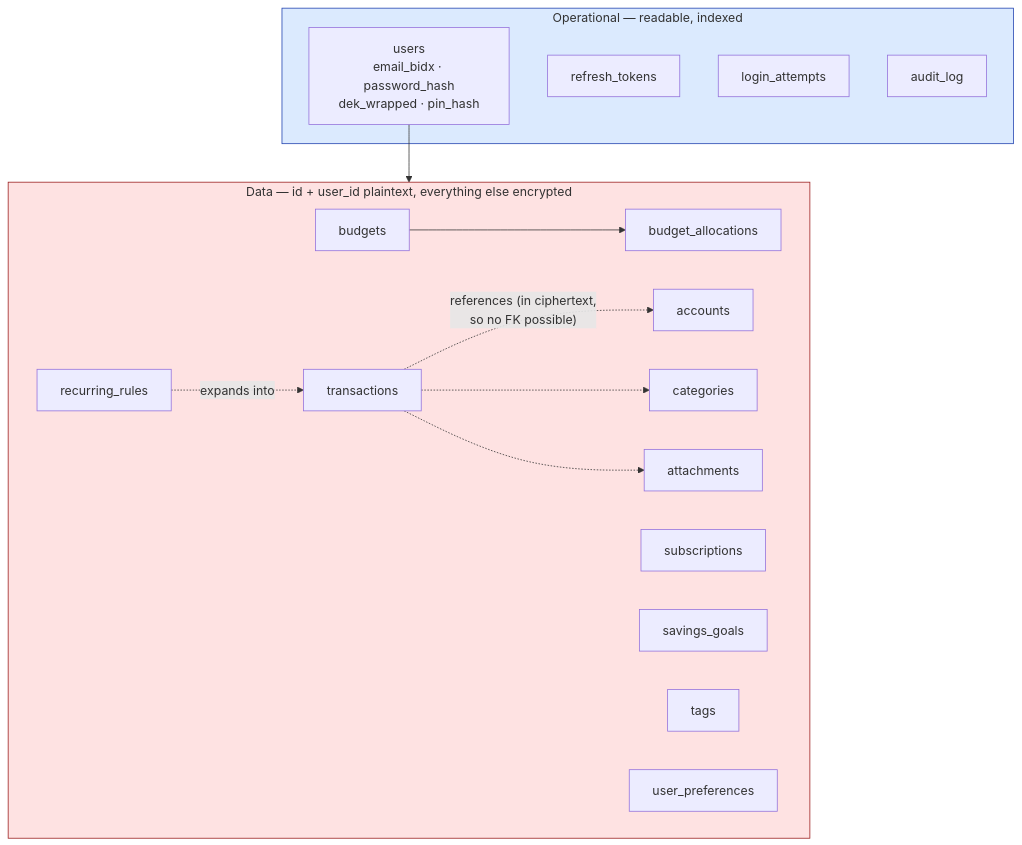
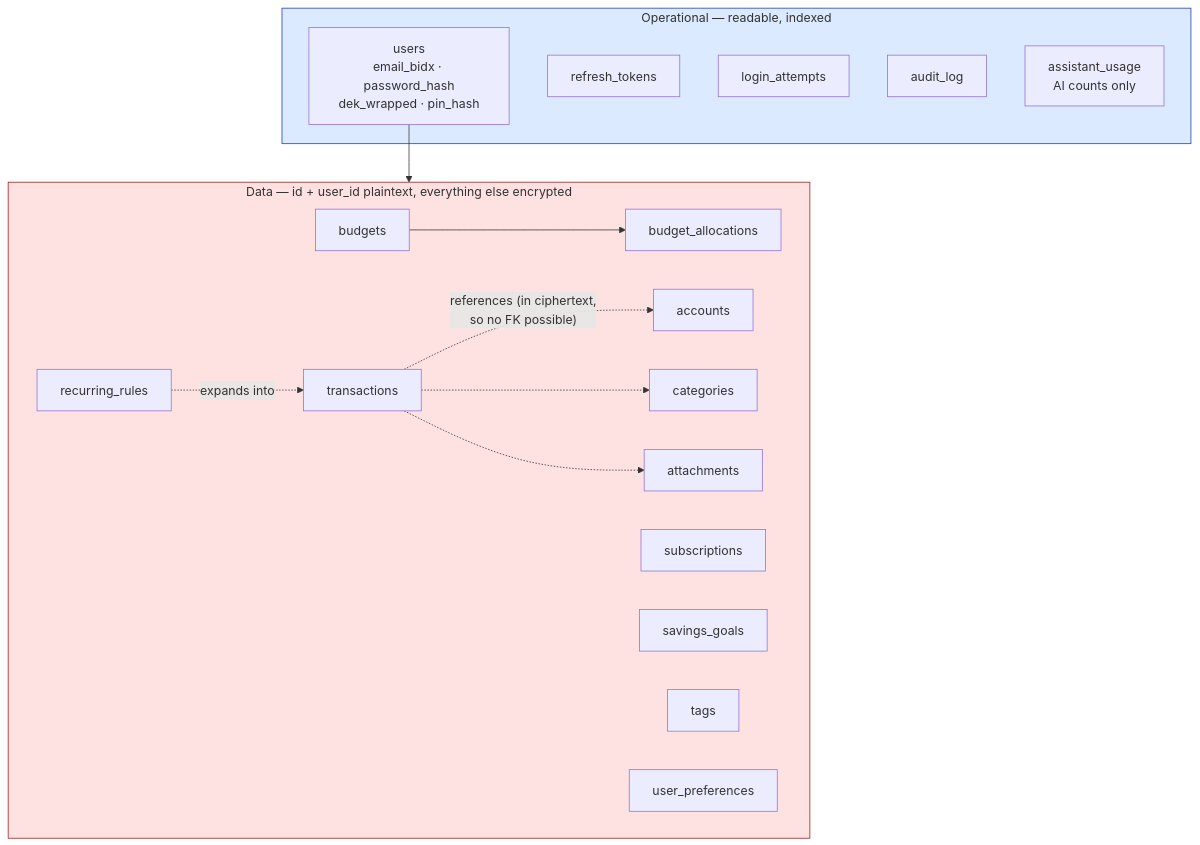
One commit to zakura1x/Budget-App changed the fifth of 13 diagrams in misc/ARCHITECTURE_OVERVIEW.md. Above: the diagram before and after it, drawn with Mermaid. The commit also changed other lines of this file and 30 other files, not shown here.

````diff
--- a/misc/ARCHITECTURE_OVERVIEW.md
+++ b/misc/ARCHITECTURE_OVERVIEW.md
@@ -150,31 +150,32 @@
 ```mermaid
 graph TD
     subgraph OPS["Operational — readable, indexed"]
         US["users<br/>email_bidx · password_hash<br/>dek_wrapped · pin_hash"]
         RT["refresh_tokens"]
         LA["login_attempts"]
         AL["audit_log"]
+        AU["assistant_usage<br/>AI counts only"]
     end
 
     subgraph ENC["Data — id + user_id plaintext, everything else encrypted"]
         AC["accounts"]
         CA["categories"]
         BU["budgets"] --> BA["budget_allocations"]
         TX["transactions"]
         RR["recurring_rules"]
         SU["subscriptions"]
         SG["savings_goals"]
         TG["tags"]
         AT["attachments"]
         UP["user_preferences"]
     end
 
     US --> ENC
     RR -.->|"expands into"| TX
     TX -.->|"references (in ciphertext,<br/>so no FK possible)"| AC
     TX -.-> CA
     TX -.-> AT
 
     style OPS fill:#dbeafe,stroke:#1e40af
     style ENC fill:#fee2e2,stroke:#991b1b
 ```
````
